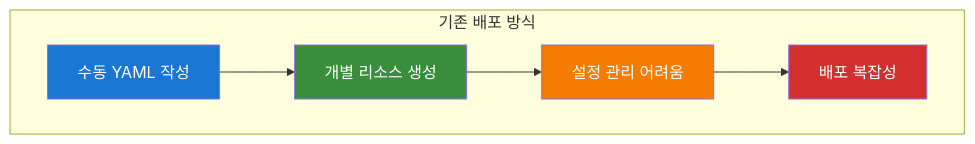
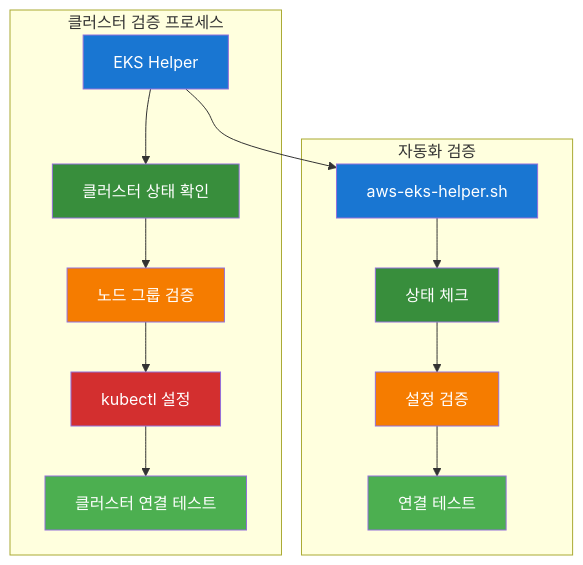
Diagram 13 of 18 in mcp_knowledge_base/cloud_intermediate/lectures/day1/Day1_통합강의안_오전.md (jungfrau70/mcp_cloud), drawn with Mermaid before and after one commit. The commit also changed other lines of this file and 20 other files, not shown here.

````diff
--- a/mcp_knowledge_base/cloud_intermediate/lectures/day1/Day1_통합강의안_오전.md
+++ b/mcp_knowledge_base/cloud_intermediate/lectures/day1/Day1_통합강의안_오전.md
@@ -1202,13 +1345,27 @@
 ```mermaid
 flowchart TD
-    subgraph "기존 배포 방식"
-        A["수동 YAML 작성"] --> B["개별 리소스 생성"]
-        B --> C["설정 관리 어려움"]
-        C --> D["배포 복잡성"]
+    subgraph "클러스터 검증 프로세스"
+        A["EKS Helper"] --> B["클러스터 상태 확인"]
+        B --> C["노드 그룹 검증"]
+        C --> D["kubectl 설정"]
+        D --> E["클러스터 연결 테스트"]
     end
+    
+    subgraph "자동화 검증"
+        F["aws-eks-helper.sh"] --> G["상태 체크"]
+        G --> H["설정 검증"]
+        H --> I["연결 테스트"]
+    end
+    
+    A --> F
     
     style A fill:#1976d2,color:#ffffff
     style B fill:#388e3c,color:#ffffff
     style C fill:#f57c00,color:#ffffff
     style D fill:#d32f2f,color:#ffffff
+    style E fill:#4caf50,color:#ffffff
+    style F fill:#1976d2,color:#ffffff
+    style G fill:#388e3c,color:#ffffff
+    style H fill:#f57c00,color:#ffffff
+    style I fill:#4caf50,color:#ffffff
 ```
````
